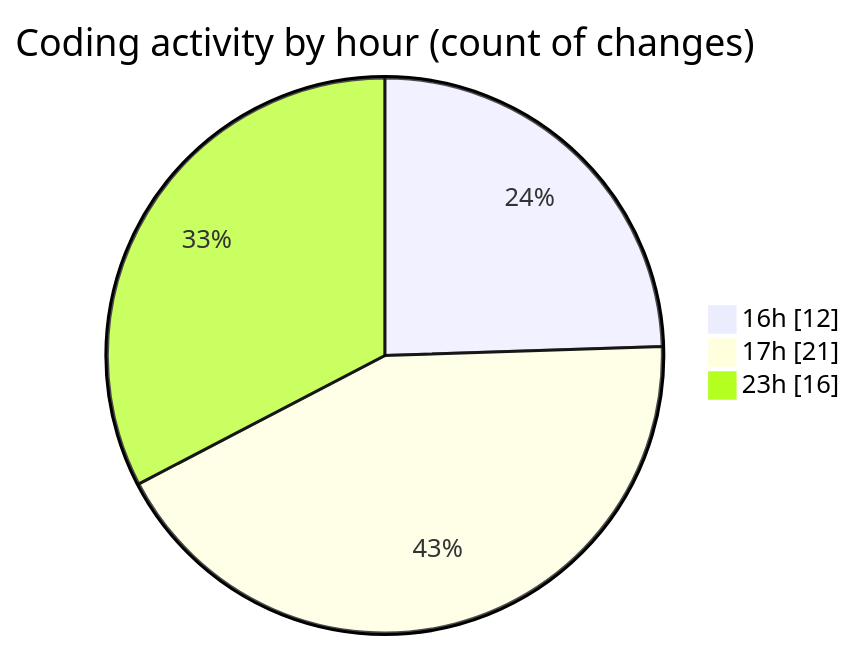
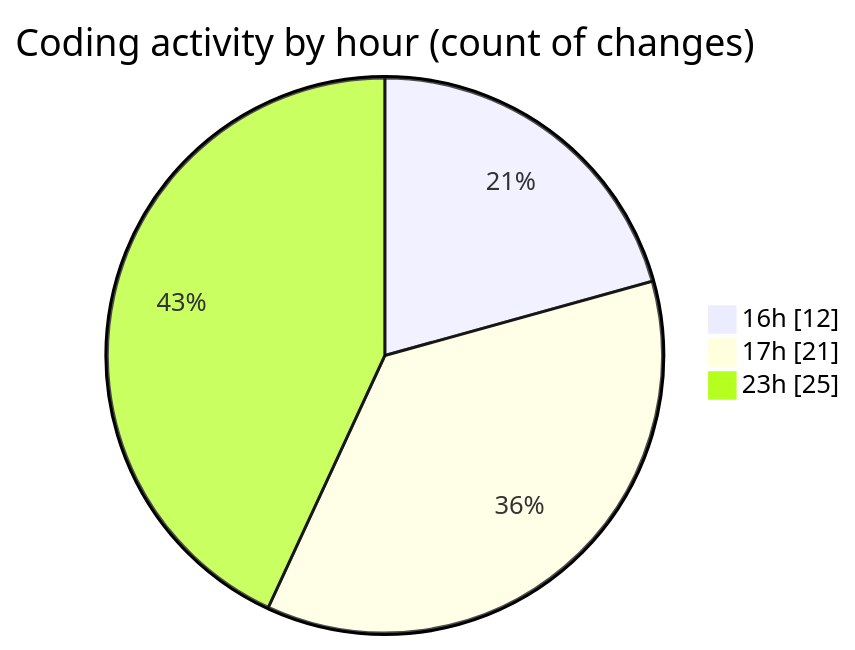
The second of 2 diagrams in 2025-08-05/tw-server/README.md (EIIisD/code-tracking), drawn with Mermaid before and after one commit. The commit also changed other lines of this file and 1 other file, not shown here.

````diff
--- a/2025-08-05/tw-server/README.md
+++ b/2025-08-05/tw-server/README.md
@@ -41,7 +41,7 @@
 ```mermaid
 pie showData
 title Coding activity by hour (count of changes)
 "16h" : 12
 "17h" : 21
-"23h" : 16
+"23h" : 25
 ```
````
